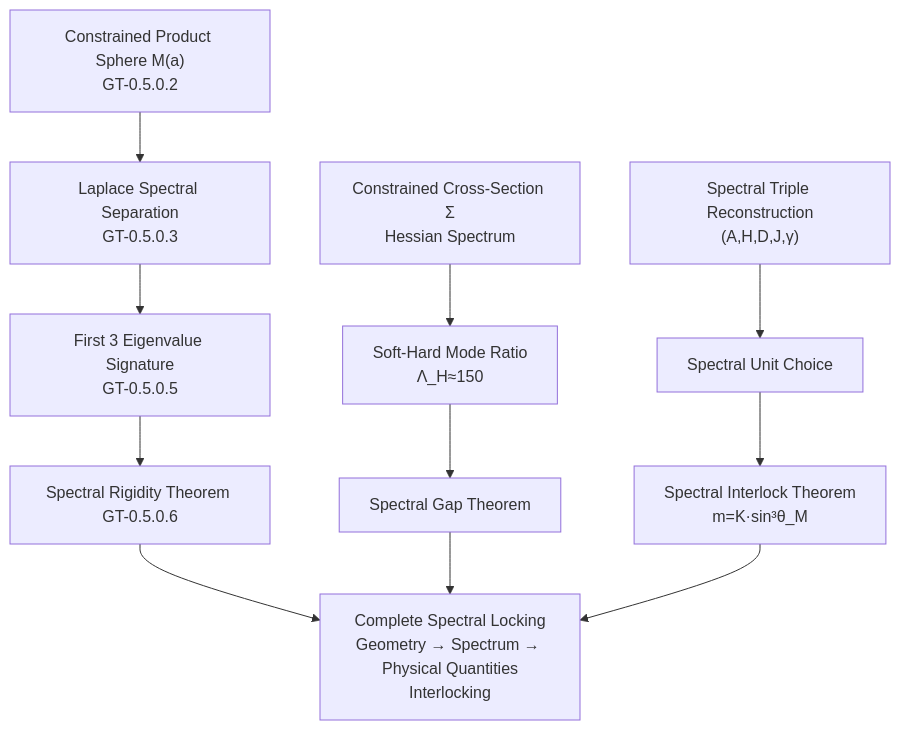
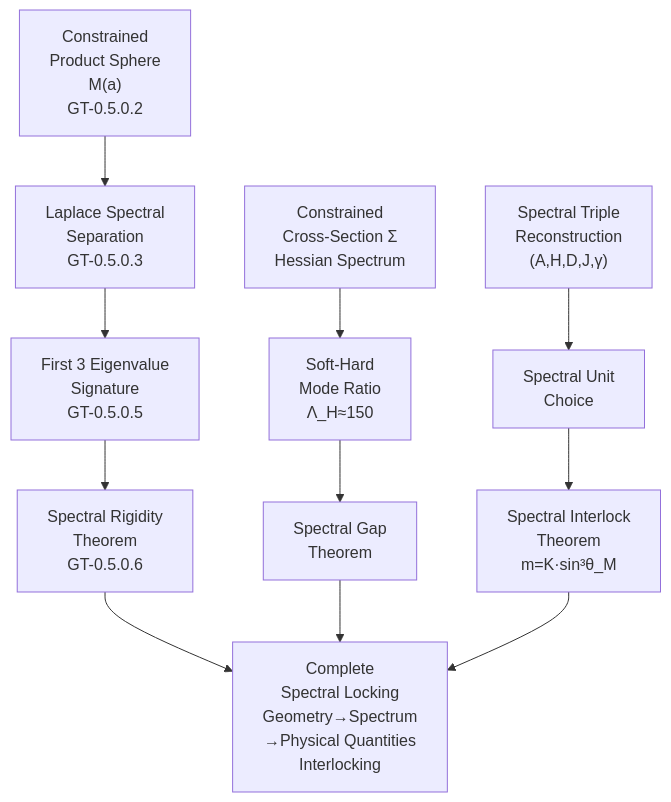
The first of 2 diagrams in app/articles/GT-Vault/Vol-0_从零开始/0.5_Product_Sphere_Spectral_Rigidity_EN_260716.1.md (sdoygb/geometry-ai-server), drawn with Mermaid before and after one commit.

Commit message:
AI修改: GT-Vault/Vol-0_从零开始/0.5_Product_Sphere_Spectral_Rigidity_EN_260716.1.md (221行)

````diff
--- a/app/articles/GT-Vault/Vol-0_从零开始/0.5_Product_Sphere_Spectral_Rigidity_EN_260716.1.md
+++ b/app/articles/GT-Vault/Vol-0_从零开始/0.5_Product_Sphere_Spectral_Rigidity_EN_260716.1.md
@@ -155,14 +155,14 @@
 ```mermaid
 flowchart TD
-    A["Constrained Product Sphere M(a)<br>GT-0.5.0.2"] --> B["Laplace Spectral Separation<br>GT-0.5.0.3"]
-    B --> C["First 3 Eigenvalue Signature<br>GT-0.5.0.5"]
-    C --> D["Spectral Rigidity Theorem GT-0.5.0.6"]
+    A["Constrained<br>Product Sphere<br>M(a)<br>GT-0.5.0.2"] --> B["Laplace Spectral<br>Separation<br>GT-0.5.0.3"]
+    B --> C["First 3 Eigenvalue<br>Signature<br>GT-0.5.0.5"]
+    C --> D["Spectral Rigidity<br>Theorem<br>GT-0.5.0.6"]
     
-    E["Constrained Cross-Section Σ<br>Hessian Spectrum"] --> F["Soft-Hard Mode Ratio<br>Λ_H≈150"]
-    F --> G["Spectral Gap Theorem"]
+    E["Constrained<br>Cross-Section Σ<br>Hessian Spectrum"] --> F["Soft-Hard<br>Mode Ratio<br>Λ_H≈150"]
+    F --> G["Spectral Gap<br>Theorem"]
     
-    H["Spectral Triple Reconstruction<br>(A,H,D,J,γ)"] --> I["Spectral Unit Choice"]
-    I --> J["Spectral Interlock Theorem<br>m=K·sin³θ_M"]
+    H["Spectral Triple<br>Reconstruction<br>(A,H,D,J,γ)"] --> I["Spectral Unit<br>Choice"]
+    I --> J["Spectral Interlock<br>Theorem<br>m=K·sin³θ_M"]
     
-    D & G & J --> K["Complete Spectral Locking<br>Geometry → Spectrum → Physical Quantities<br>Interlocking"]
+    D & G & J --> K["Complete<br>Spectral Locking<br>Geometry→Spectrum<br>→Physical Quantities<br>Interlocking"]
 ```
````
